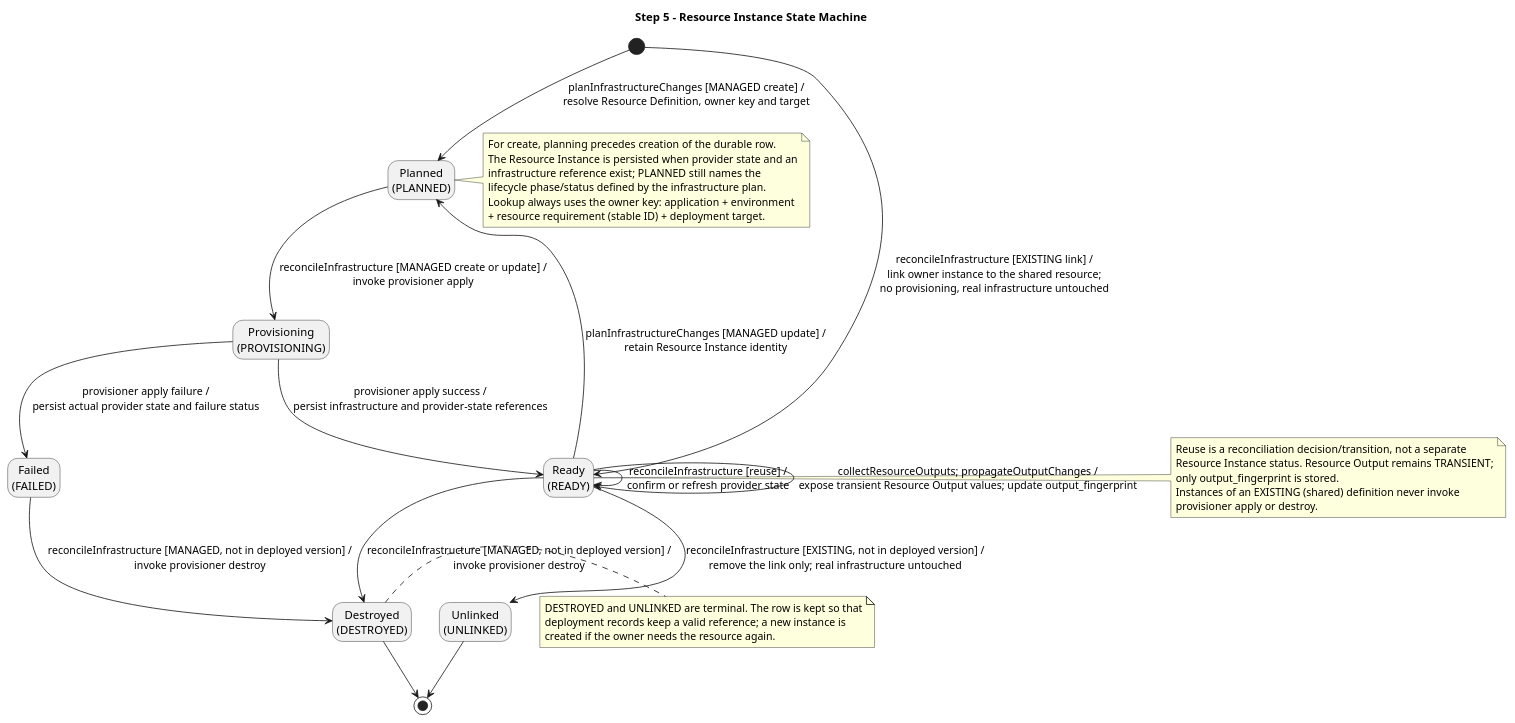
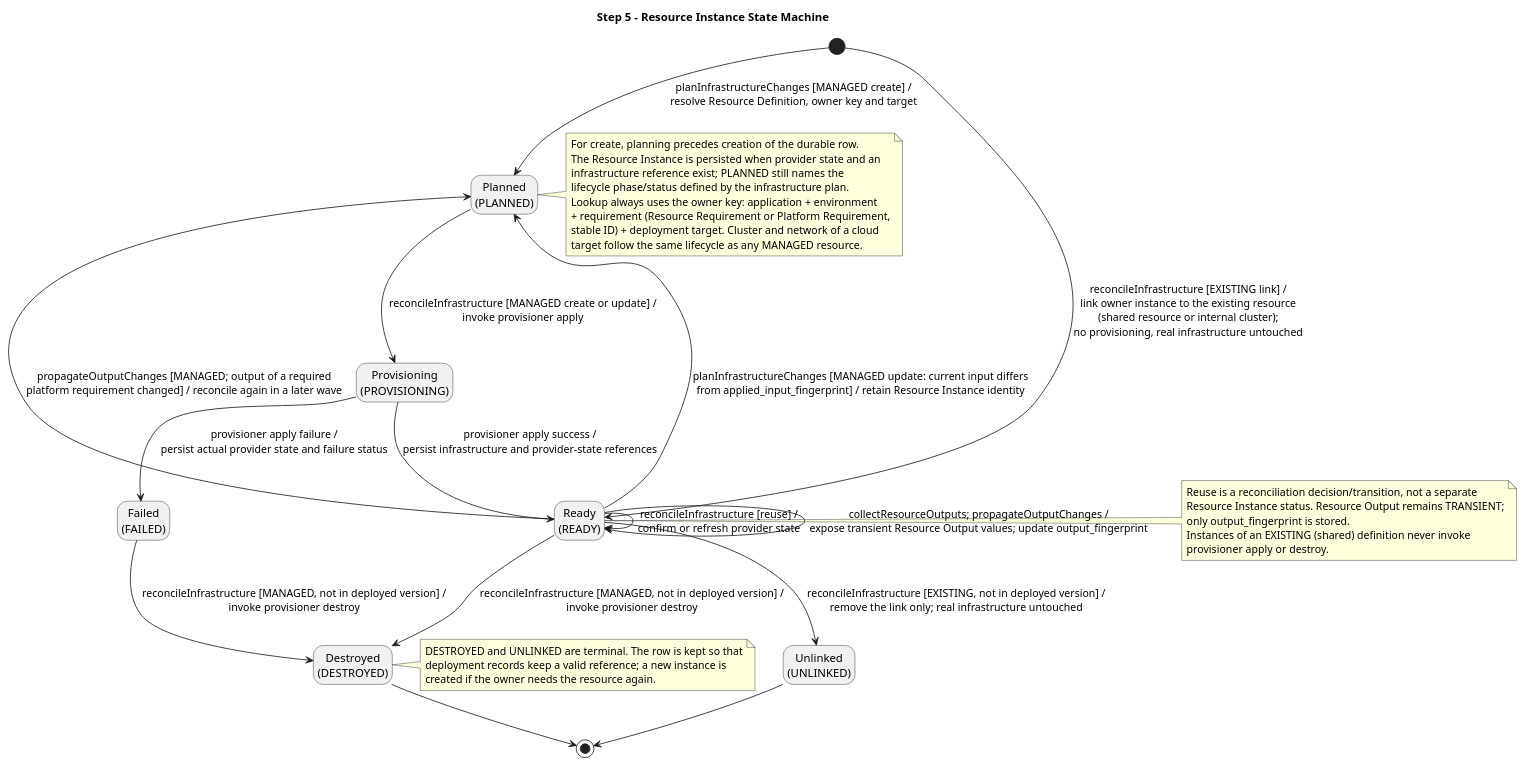
One commit to pr3s3nt/final_idp changed the diagram in 05_state_machines/resource_instance_state.puml. Above: the diagram before and after it, drawn with PlantUML. The commit also changed 18 other files, not shown here.

```diff
--- a/05_state_machines/resource_instance_state.puml
+++ b/05_state_machines/resource_instance_state.puml
@@ -1,54 +1,57 @@
 @startuml
 title Step 5 - Resource Instance State Machine
 
 hide empty description
 
 state "Planned\n(PLANNED)" as PLANNED
 state "Provisioning\n(PROVISIONING)" as PROVISIONING
 state "Ready\n(READY)" as READY
 state "Failed\n(FAILED)" as FAILED
 state "Destroyed\n(DESTROYED)" as DESTROYED
 state "Unlinked\n(UNLINKED)" as UNLINKED
 
 [*] --> PLANNED : planInfrastructureChanges [MANAGED create] /\nresolve Resource Definition, owner key and target
-[*] --> READY : reconcileInfrastructure [EXISTING link] /\nlink owner instance to the shared resource;\nno provisioning, real infrastructure untouched
+[*] --> READY : reconcileInfrastructure [EXISTING link] /\nlink owner instance to the existing resource\n(shared resource or internal cluster);\nno provisioning, real infrastructure untouched
 
 PLANNED --> PROVISIONING : reconcileInfrastructure [MANAGED create or update] /\ninvoke provisioner apply
 PROVISIONING --> READY : provisioner apply success /\npersist infrastructure and provider-state references
 PROVISIONING --> FAILED : provisioner apply failure /\npersist actual provider state and failure status
 
-READY --> PLANNED : planInfrastructureChanges [MANAGED update] /\nretain Resource Instance identity
+READY --> PLANNED : planInfrastructureChanges [MANAGED update: current input differs\nfrom applied_input_fingerprint] / retain Resource Instance identity
+READY --> PLANNED : propagateOutputChanges [MANAGED; output of a required\nplatform requirement changed] / reconcile again in a later wave
 READY --> READY : reconcileInfrastructure [reuse] /\nconfirm or refresh provider state
 READY --> READY : collectResourceOutputs; propagateOutputChanges /\nexpose transient Resource Output values; update output_fingerprint
 
 READY --> DESTROYED : reconcileInfrastructure [MANAGED, not in deployed version] /\ninvoke provisioner destroy
 FAILED --> DESTROYED : reconcileInfrastructure [MANAGED, not in deployed version] /\ninvoke provisioner destroy
 READY --> UNLINKED : reconcileInfrastructure [EXISTING, not in deployed version] /\nremove the link only; real infrastructure untouched
 
 DESTROYED --> [*]
 UNLINKED --> [*]
 
 note right of PLANNED
   For create, planning precedes creation of the durable row.
   The Resource Instance is persisted when provider state and an
   infrastructure reference exist; PLANNED still names the
   lifecycle phase/status defined by the infrastructure plan.
   Lookup always uses the owner key: application + environment
-  + resource requirement (stable ID) + deployment target.
+  + requirement (Resource Requirement or Platform Requirement,
+  stable ID) + deployment target. Cluster and network of a cloud
+  target follow the same lifecycle as any MANAGED resource.
 end note
 
 note right of READY
   Reuse is a reconciliation decision/transition, not a separate
   Resource Instance status. Resource Output remains TRANSIENT;
   only output_fingerprint is stored.
   Instances of an EXISTING (shared) definition never invoke
   provisioner apply or destroy.
 end note
 
 note right of DESTROYED
   DESTROYED and UNLINKED are terminal. The row is kept so that
   deployment records keep a valid reference; a new instance is
   created if the owner needs the resource again.
 end note
 
 @enduml
```
